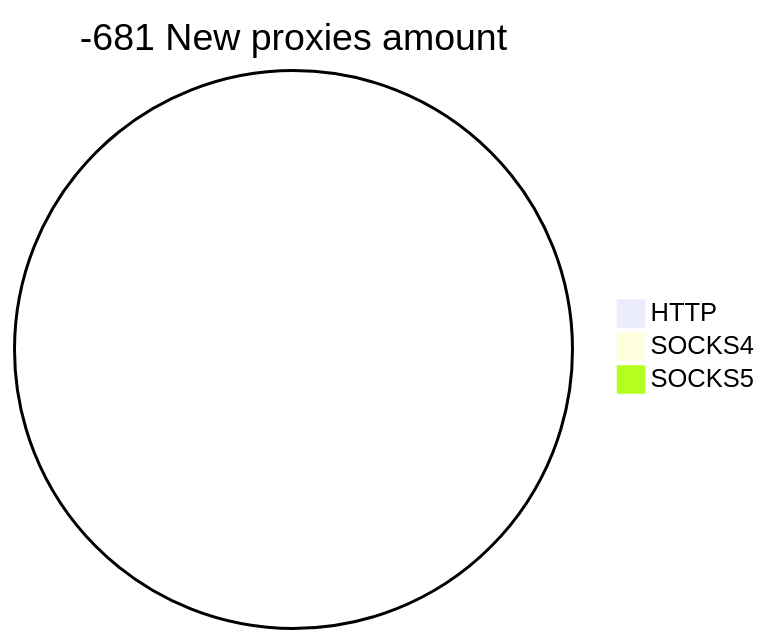
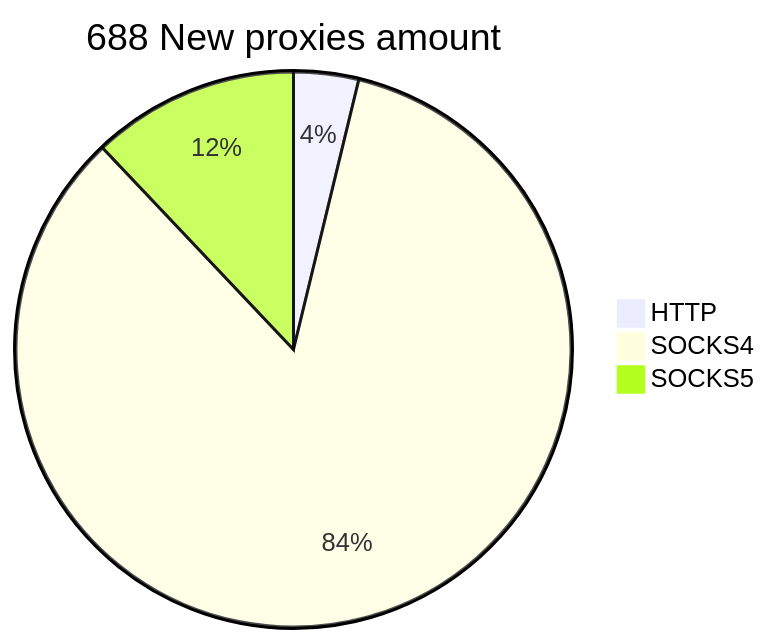
The second of 2 diagrams in README.md (cutipu/proxylist), drawn with Mermaid before and after one commit. The commit also changed other lines of this file, not shown here.

````diff
--- a/README.md
+++ b/README.md
@@ -10,6 +10,6 @@
 ```mermaid
-pie title -681 New proxies amount
-    "HTTP" : 0
-    "SOCKS4" : 0
-    "SOCKS5" : 0
+pie title 688 New proxies amount
+    "HTTP" : 26
+    "SOCKS4" : 579
+    "SOCKS5" : 83
 ```
````
